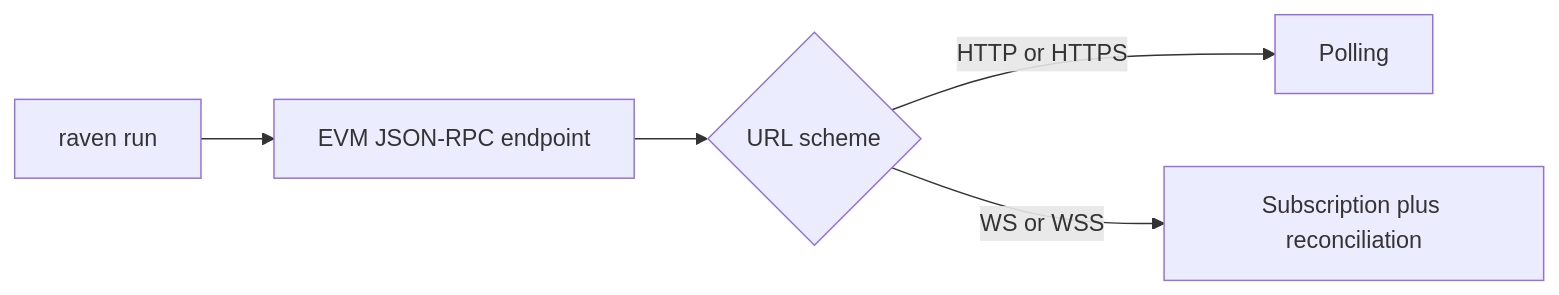
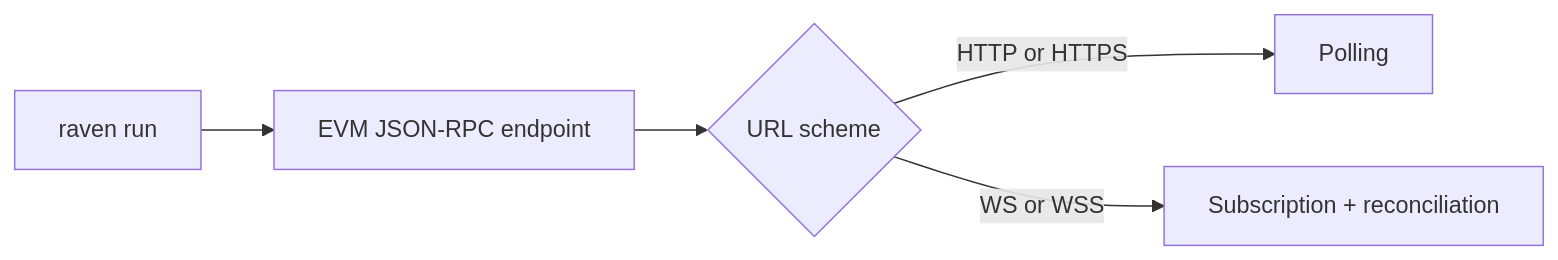
One commit to abhi3700/raven changed the diagram in docs/reference/cli.mdx. Above: the diagram before and after it, drawn with Mermaid. The commit also changed other lines of this file and 4 other files, not shown here.

````diff
--- a/docs/reference/cli.mdx
+++ b/docs/reference/cli.mdx
@@ -56,7 +64,7 @@
 ```mermaid
 flowchart LR
     command["raven run"] --> endpoint["EVM JSON-RPC endpoint"]
     endpoint --> scheme{URL scheme}
     scheme -->|HTTP or HTTPS| polling[Polling]
-    scheme -->|WS or WSS| subscription[Subscription plus reconciliation]
+    scheme -->|WS or WSS| subscription[Subscription + reconciliation]
 ```
````
